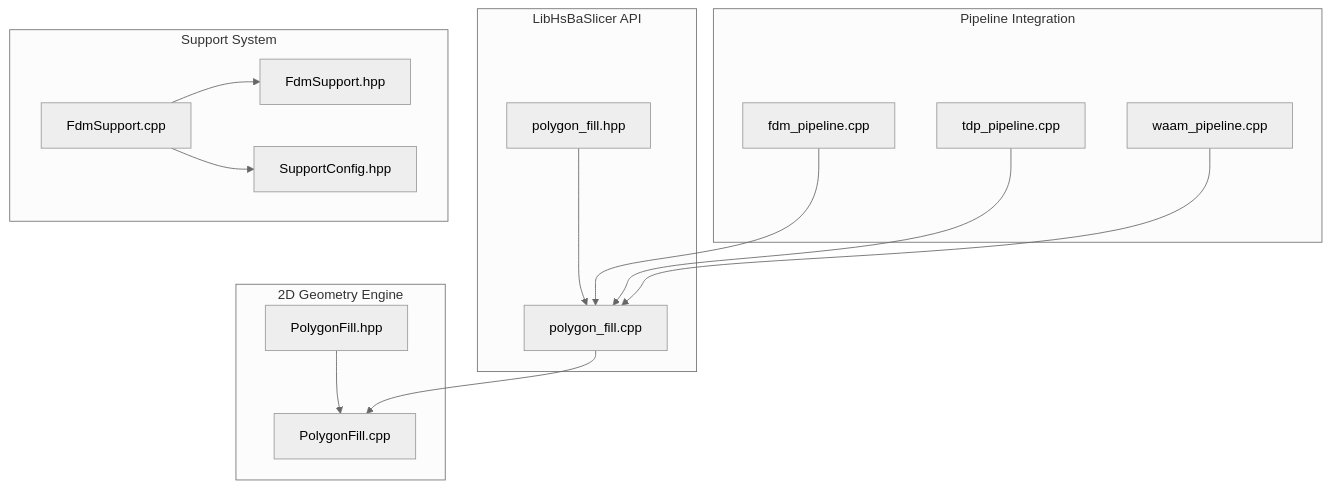
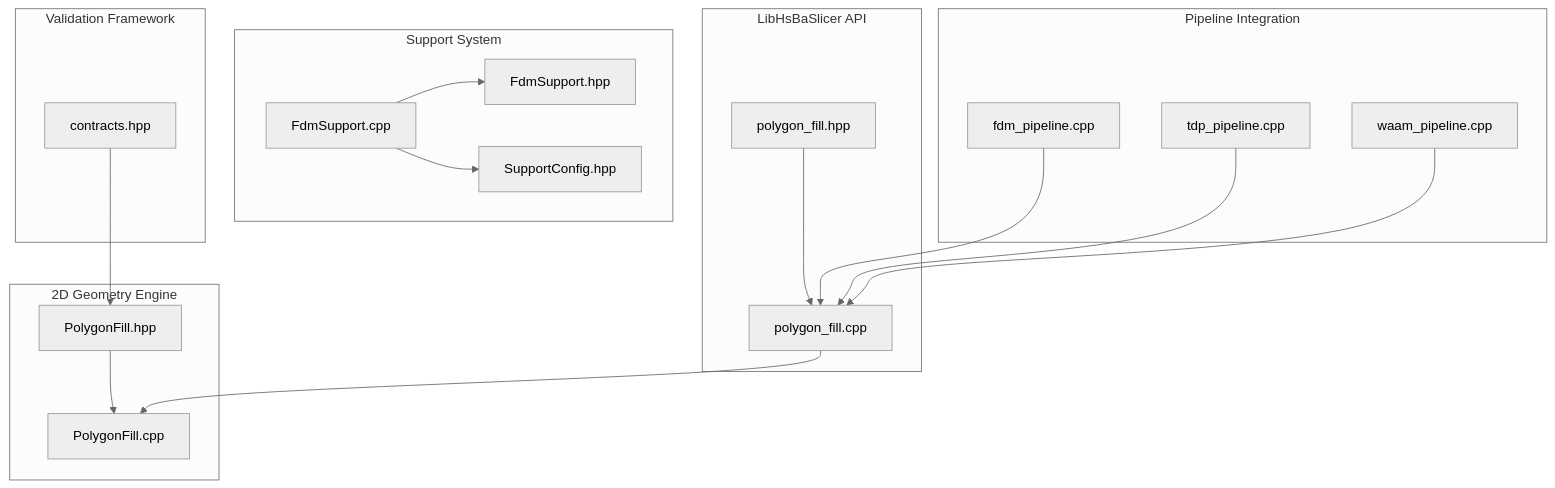
One commit to hsmbanlance/HsBaSlicer changed the first of 14 diagrams in .qoder/repowiki/en/content/Core Modules/2D Geometry Engine (2D_)/Polygon Fill Algorithms.md. Above: the diagram before and after it, drawn with Mermaid (neutral theme). The commit also changed other lines of this file and 202 other files, not shown here.

````diff
--- a/.qoder/repowiki/en/content/Core Modules/2D Geometry Engine (2D_)/Polygon Fill Algorithms.md
+++ b/.qoder/repowiki/en/content/Core Modules/2D Geometry Engine (2D_)/Polygon Fill Algorithms.md
@@ -52,29 +56,33 @@
 ```mermaid
 graph TB
 subgraph "2D Geometry Engine"
 PFH["PolygonFill.hpp"]
 PFC["PolygonFill.cpp"]
 end
 subgraph "LibHsBaSlicer API"
 LPH["polygon_fill.hpp"]
 LPC["polygon_fill.cpp"]
 end
 subgraph "Pipeline Integration"
 FDP["fdm_pipeline.cpp"]
 TDP["tdp_pipeline.cpp"]
 WAP["waam_pipeline.cpp"]
 end
 subgraph "Support System"
 FSH["FdmSupport.hpp"]
 FSC["FdmSupport.cpp"]
 SC["SupportConfig.hpp"]
 end
+subgraph "Validation Framework"
+CON["contracts.hpp"]
+end
 PFH --> PFC
 LPH --> LPC
 LPC --> PFC
 FDP --> LPC
 TDP --> LPC
 WAP --> LPC
 FSC --> FSH
 FSC --> SC
+CON --> PFH
 ```
````
